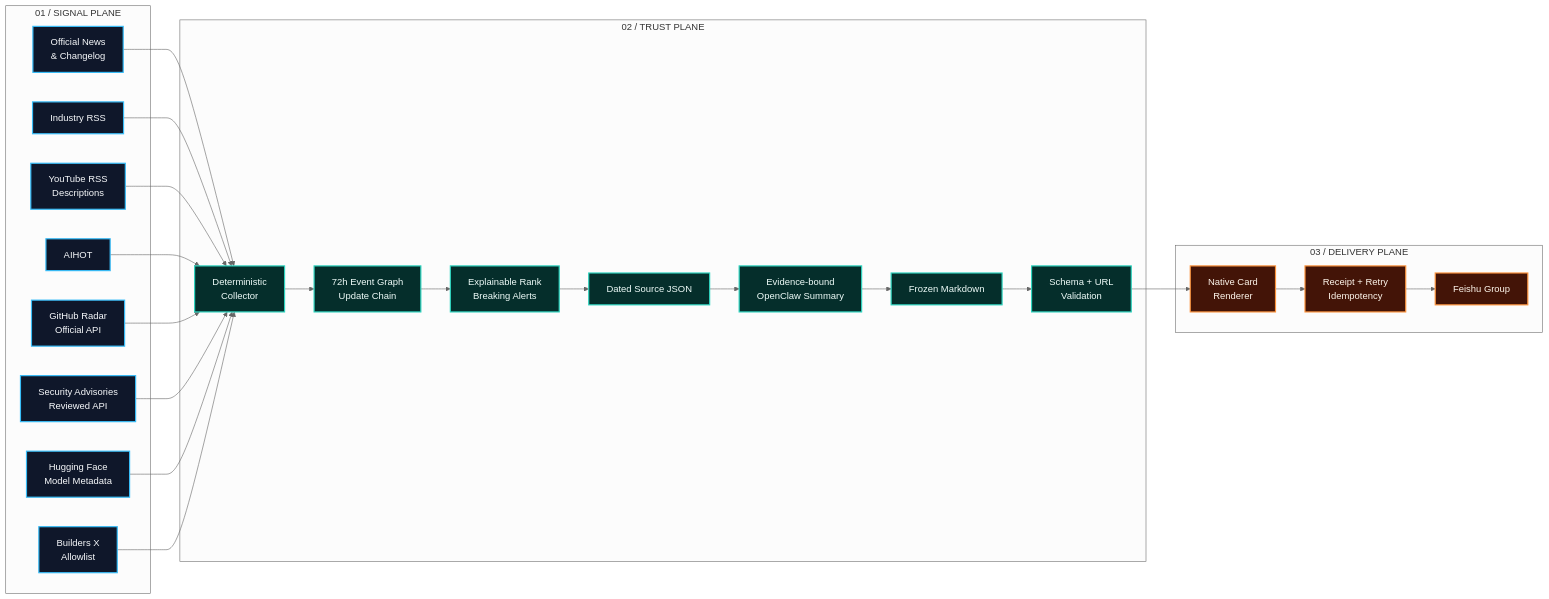
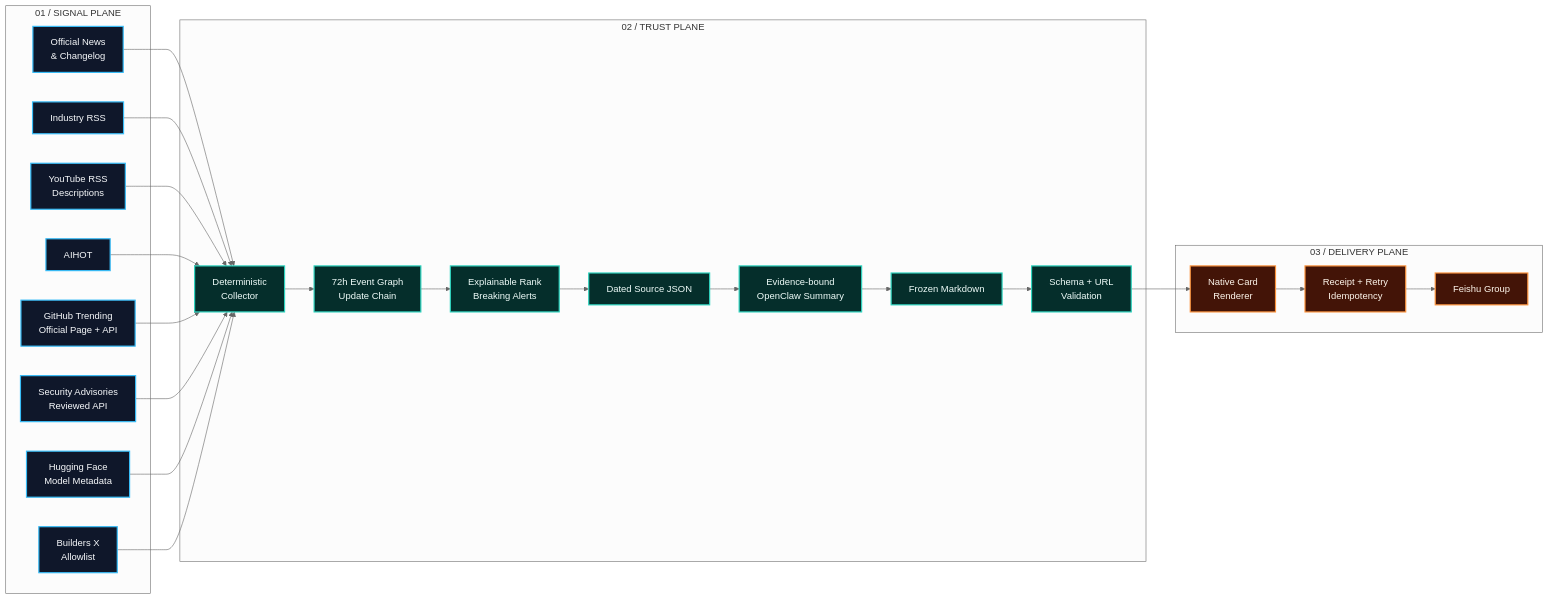
One commit to Health-525/ai-news-skills changed the diagram in README.md. Above: the diagram before and after it, drawn with Mermaid (neutral theme). The commit also changed other lines of this file and 11 other files, not shown here.

````diff
--- a/README.md
+++ b/README.md
@@ -47,39 +47,39 @@
 ```mermaid
 flowchart LR
     subgraph SIGNAL["01 / SIGNAL PLANE"]
         A["Official News<br/>& Changelog"]
         B["Industry RSS"]
         C["YouTube RSS<br/>Descriptions"]
         D["AIHOT"]
-        E["GitHub Radar<br/>Official API"]
+        E["GitHub Trending<br/>Official Page + API"]
         P["Security Advisories<br/>Reviewed API"]
         Q["Hugging Face<br/>Model Metadata"]
         N["Builders X<br/>Allowlist"]
     end
 
     subgraph TRUST["02 / TRUST PLANE"]
         F["Deterministic<br/>Collector"]
         R["72h Event Graph<br/>Update Chain"]
         S["Explainable Rank<br/>Breaking Alerts"]
         G["Dated Source JSON"]
         H["Evidence-bound<br/>OpenClaw Summary"]
         I["Frozen Markdown"]
         J["Schema + URL<br/>Validation"]
     end
 
     subgraph DELIVERY["03 / DELIVERY PLANE"]
         K["Native Card<br/>Renderer"]
         L["Receipt + Retry<br/>Idempotency"]
         M["Feishu Group"]
     end
 
     A & B & C & D & E & P & Q & N --> F
     F --> R --> S --> G --> H --> I --> J --> K --> L --> M
 
     classDef signal fill:#0f172a,stroke:#38bdf8,color:#f8fafc,stroke-width:2px
     classDef trust fill:#052e2b,stroke:#2dd4bf,color:#f0fdfa,stroke-width:2px
     classDef delivery fill:#431407,stroke:#fb923c,color:#fff7ed,stroke-width:2px
     class A,B,C,D,E,N,P,Q signal
     class F,R,S,G,H,I,J trust
     class K,L,M delivery
 ```
````
